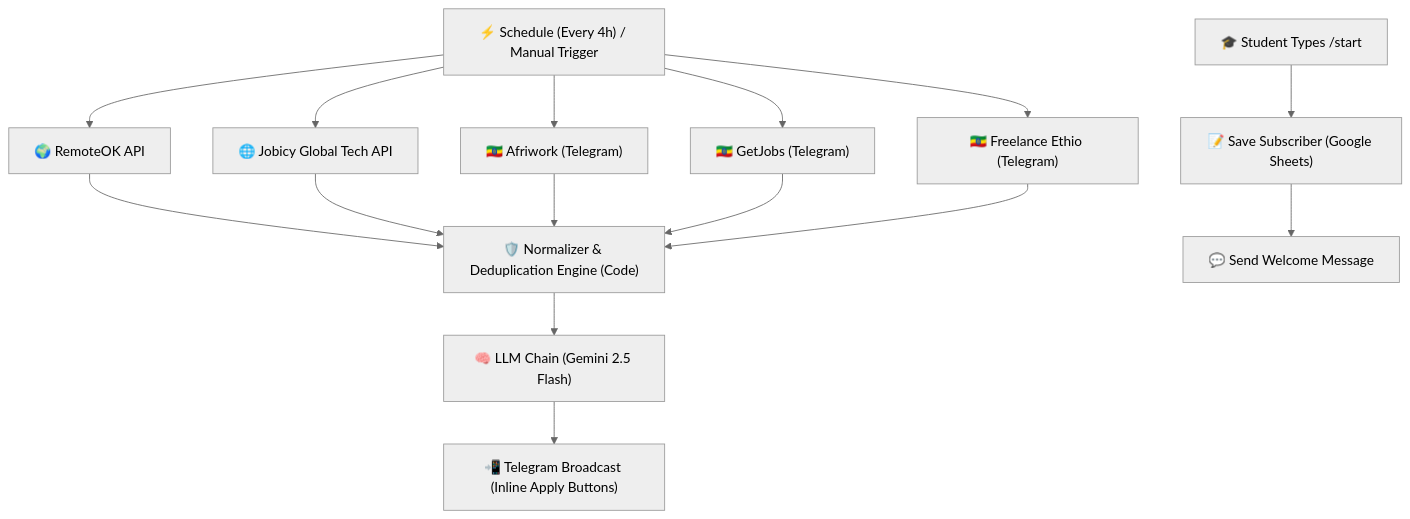
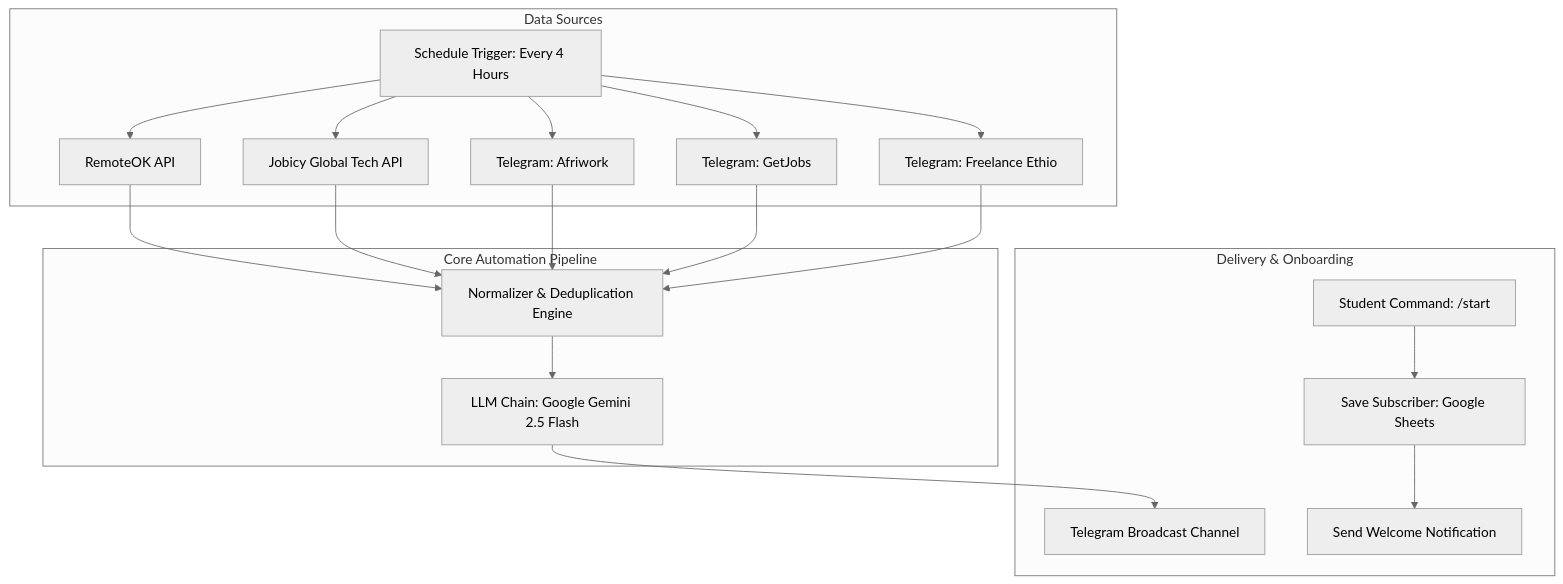
Before and after one commit to yared2124/InternOrbit: the diagram in README.md, drawn with Mermaid (neutral theme).

Commit message:
docs: Fix mermaid architecture diagram syntax for GitHub rendering

````diff
--- a/README.md
+++ b/README.md
@@ -41,20 +41,25 @@
 ```mermaid
-graph TD
-    Trigger["⚡ Schedule (Every 4h) / Manual Trigger"] --> S1["🌍 RemoteOK API"]
-    Trigger --> S2["🌐 Jobicy Global Tech API"]
-    Trigger --> S3["🇪🇹 Afriwork (Telegram)"]
-    Trigger --> S4["🇪🇹 GetJobs (Telegram)"]
-    Trigger --> S5["🇪🇹 Freelance Ethio (Telegram)"]
-    
-    S1 --> Dedupe["🛡️ Normalizer & Deduplication Engine (Code)"]
-    S2 --> Dedupe
-    S3 --> Dedupe
-    S4 --> Dedupe
-    S5 --> Dedupe
-    
-    Dedupe --> LLM["🧠 LLM Chain (Gemini 2.5 Flash)"]
-    LLM --> Telegram["📲 Telegram Broadcast (Inline Apply Buttons)"]
-    
-    Student["🎓 Student Types /start"] --> SaveSheet["📝 Save Subscriber (Google Sheets)"]
-    SaveSheet --> Welcome["💬 Send Welcome Message"]
+flowchart TD
+    subgraph Sources [Data Sources]
+        Trigger["Schedule Trigger: Every 4 Hours"] --> S1["RemoteOK API"]
+        Trigger --> S2["Jobicy Global Tech API"]
+        Trigger --> S3["Telegram: Afriwork"]
+        Trigger --> S4["Telegram: GetJobs"]
+        Trigger --> S5["Telegram: Freelance Ethio"]
+    end
+
+    subgraph Pipeline [Core Automation Pipeline]
+        S1 --> Dedupe["Normalizer & Deduplication Engine"]
+        S2 --> Dedupe
+        S3 --> Dedupe
+        S4 --> Dedupe
+        S5 --> Dedupe
+        Dedupe --> LLM["LLM Chain: Google Gemini 2.5 Flash"]
+    end
+
+    subgraph Distribution [Delivery & Onboarding]
+        LLM --> Telegram["Telegram Broadcast Channel"]
+        Student["Student Command: /start"] --> SaveSheet["Save Subscriber: Google Sheets"]
+        SaveSheet --> Welcome["Send Welcome Notification"]
+    end
 ```
````
